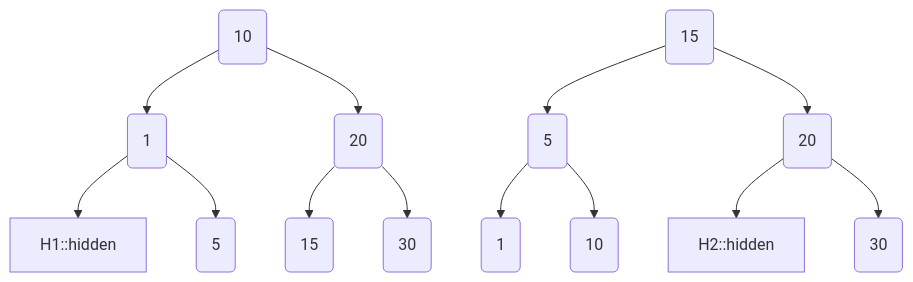
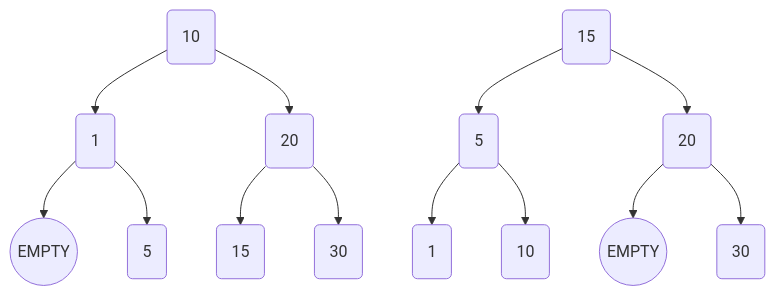
One commit to jayshozie/ceng301 changed the fourth of 4 diagrams in lecture-notes/w07.md. Above: the diagram before and after it, drawn with Mermaid. The commit also changed other lines of this file, not shown here.

````diff
--- a/lecture-notes/w07.md
+++ b/lecture-notes/w07.md
@@ -441,17 +441,17 @@
 ```mermaid
 graph TB
 
 A(10) --> B(1)
-B --> H1::hidden
+B --> H1((EMPTY))
 B --> D(5)
 A(10) --> C(20)
 C --> E(15)
 C --> F(30)
 
 G(15) --> H(5)
 H --> J(1)
 H --> K(10)
 G --> I(20)
-I --> H2::hidden
+I --> H2((EMPTY))
 I --> L(30)
 ```
````
